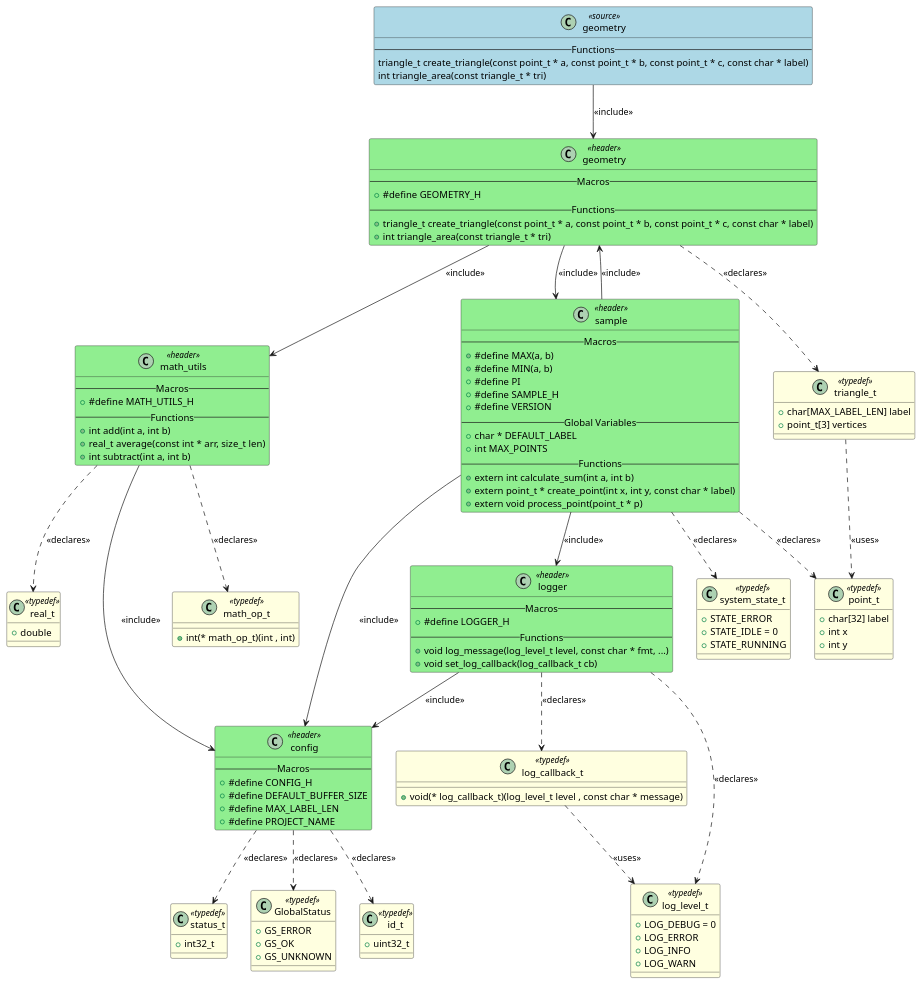
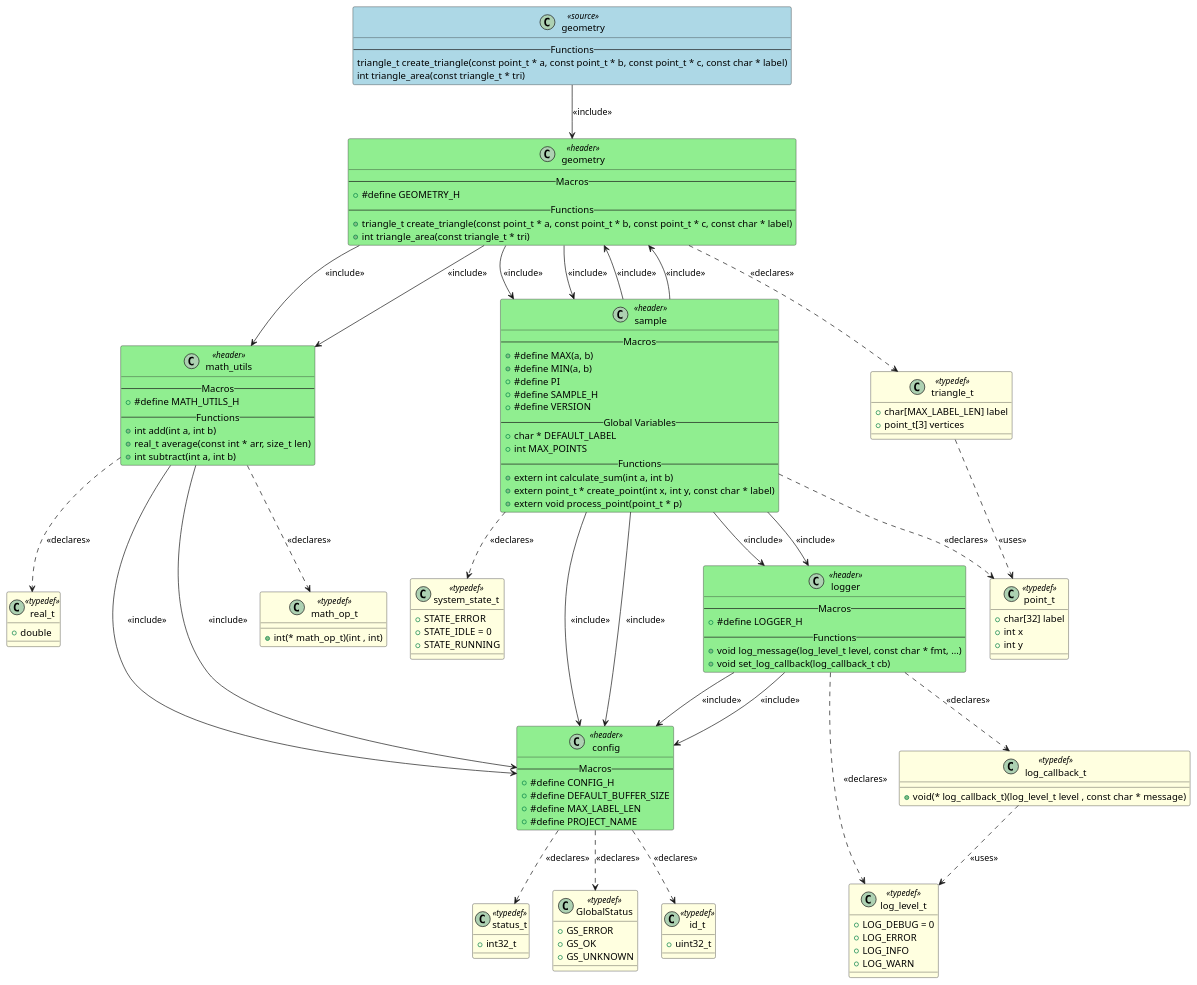
The diagram in output/geometry.puml (fischerjooo/c2puml), drawn with PlantUML before and after one commit. The commit also changed 15 other files, not shown here.

```diff
--- a/output/geometry.puml
+++ b/output/geometry.puml
@@ -1,151 +1,158 @@
 @startuml geometry
 
 class "geometry" as GEOMETRY <<source>> #LightBlue
 {
     -- Functions --
     triangle_t create_triangle(const point_t * a, const point_t * b, const point_t * c, const char * label)
     int triangle_area(const triangle_t * tri)
 }
 
 class "config" as HEADER_CONFIG <<header>> #LightGreen
 {
     -- Macros --
     + #define CONFIG_H
     + #define DEFAULT_BUFFER_SIZE
     + #define MAX_LABEL_LEN
     + #define PROJECT_NAME
 }
 
 class "geometry" as HEADER_GEOMETRY <<header>> #LightGreen
 {
     -- Macros --
     + #define GEOMETRY_H
     -- Functions --
     + triangle_t create_triangle(const point_t * a, const point_t * b, const point_t * c, const char * label)
     + int triangle_area(const triangle_t * tri)
 }
 
 class "logger" as HEADER_LOGGER <<header>> #LightGreen
 {
     -- Macros --
     + #define LOGGER_H
     -- Functions --
     + void log_message(log_level_t level, const char * fmt, ...)
     + void set_log_callback(log_callback_t cb)
 }
 
 class "math_utils" as HEADER_MATH_UTILS <<header>> #LightGreen
 {
     -- Macros --
     + #define MATH_UTILS_H
     -- Functions --
     + int add(int a, int b)
     + real_t average(const int * arr, size_t len)
     + int subtract(int a, int b)
 }
 
 class "sample" as HEADER_SAMPLE <<header>> #LightGreen
 {
     -- Macros --
     + #define MAX(a, b)
     + #define MIN(a, b)
     + #define PI
     + #define SAMPLE_H
     + #define VERSION
     -- Global Variables --
     + char * DEFAULT_LABEL
     + int MAX_POINTS
     -- Functions --
     + extern int calculate_sum(int a, int b)
     + extern point_t * create_point(int x, int y, const char * label)
     + extern void process_point(point_t * p)
 }
 
 class "GlobalStatus" as TYPEDEF_GLOBALSTATUS <<typedef>> #LightYellow
 {
     + GS_ERROR
     + GS_OK
     + GS_UNKNOWN
 }
 
 class "id_t" as TYPEDEF_ID_T <<typedef>> #LightYellow
 {
     + uint32_t
 }
 
 class "status_t" as TYPEDEF_STATUS_T <<typedef>> #LightYellow
 {
     + int32_t
 }
 
 class "triangle_t" as TYPEDEF_TRIANGLE_T <<typedef>> #LightYellow
 {
     + char[MAX_LABEL_LEN] label
     + point_t[3] vertices
 }
 
 class "log_level_t" as TYPEDEF_LOG_LEVEL_T <<typedef>> #LightYellow
 {
     + LOG_DEBUG = 0
     + LOG_ERROR
     + LOG_INFO
     + LOG_WARN
 }
 
 class "log_callback_t" as TYPEDEF_LOG_CALLBACK_T <<typedef>> #LightYellow
 {
     + void(* log_callback_t)(log_level_t level , const char * message)
 }
 
 class "math_op_t" as TYPEDEF_MATH_OP_T <<typedef>> #LightYellow
 {
     + int(* math_op_t)(int , int)
 }
 
 class "real_t" as TYPEDEF_REAL_T <<typedef>> #LightYellow
 {
     + double
 }
 
 class "point_t" as TYPEDEF_POINT_T <<typedef>> #LightYellow
 {
     + char[32] label
     + int x
     + int y
 }
 
 class "system_state_t" as TYPEDEF_SYSTEM_STATE_T <<typedef>> #LightYellow
 {
     + STATE_ERROR
     + STATE_IDLE = 0
     + STATE_RUNNING
 }
 
 
 ' Include relationships
 GEOMETRY --> HEADER_GEOMETRY : <<include>>
 HEADER_GEOMETRY --> HEADER_MATH_UTILS : <<include>>
 HEADER_GEOMETRY --> HEADER_SAMPLE : <<include>>
 HEADER_LOGGER --> HEADER_CONFIG : <<include>>
 HEADER_MATH_UTILS --> HEADER_CONFIG : <<include>>
 HEADER_SAMPLE --> HEADER_CONFIG : <<include>>
 HEADER_SAMPLE --> HEADER_GEOMETRY : <<include>>
 HEADER_SAMPLE --> HEADER_LOGGER : <<include>>
+HEADER_GEOMETRY --> HEADER_MATH_UTILS : <<include>>
+HEADER_GEOMETRY --> HEADER_SAMPLE : <<include>>
+HEADER_LOGGER --> HEADER_CONFIG : <<include>>
+HEADER_MATH_UTILS --> HEADER_CONFIG : <<include>>
+HEADER_SAMPLE --> HEADER_CONFIG : <<include>>
+HEADER_SAMPLE --> HEADER_GEOMETRY : <<include>>
+HEADER_SAMPLE --> HEADER_LOGGER : <<include>>
 
 ' Declaration relationships
 HEADER_CONFIG ..> TYPEDEF_GLOBALSTATUS : <<declares>>
 HEADER_CONFIG ..> TYPEDEF_ID_T : <<declares>>
 HEADER_CONFIG ..> TYPEDEF_STATUS_T : <<declares>>
 HEADER_GEOMETRY ..> TYPEDEF_TRIANGLE_T : <<declares>>
 HEADER_LOGGER ..> TYPEDEF_LOG_LEVEL_T : <<declares>>
 HEADER_LOGGER ..> TYPEDEF_LOG_CALLBACK_T : <<declares>>
 HEADER_MATH_UTILS ..> TYPEDEF_MATH_OP_T : <<declares>>
 HEADER_MATH_UTILS ..> TYPEDEF_REAL_T : <<declares>>
 HEADER_SAMPLE ..> TYPEDEF_POINT_T : <<declares>>
 HEADER_SAMPLE ..> TYPEDEF_SYSTEM_STATE_T : <<declares>>
 
 ' Uses relationships
 TYPEDEF_TRIANGLE_T ..> TYPEDEF_POINT_T : <<uses>>
 TYPEDEF_LOG_CALLBACK_T ..> TYPEDEF_LOG_LEVEL_T : <<uses>>
 
 @enduml
```
